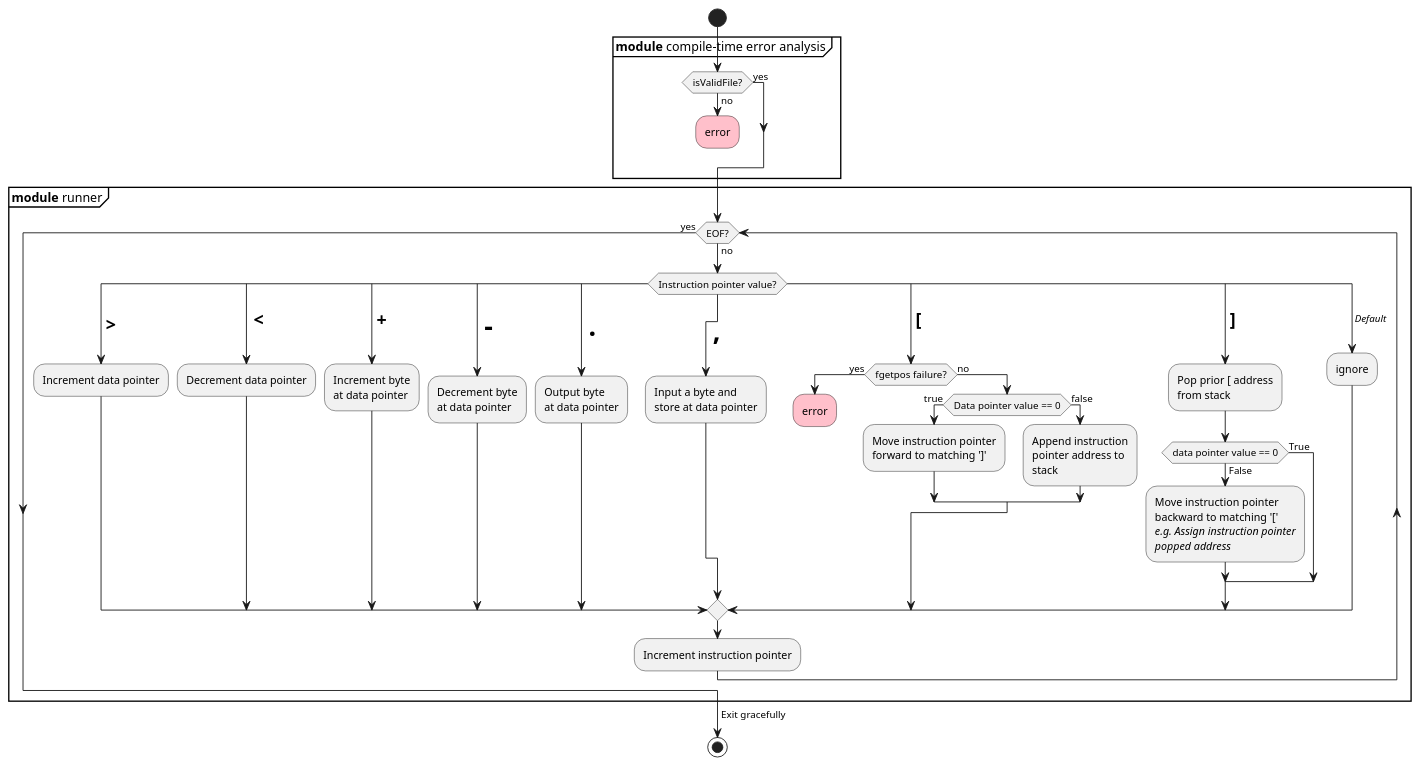
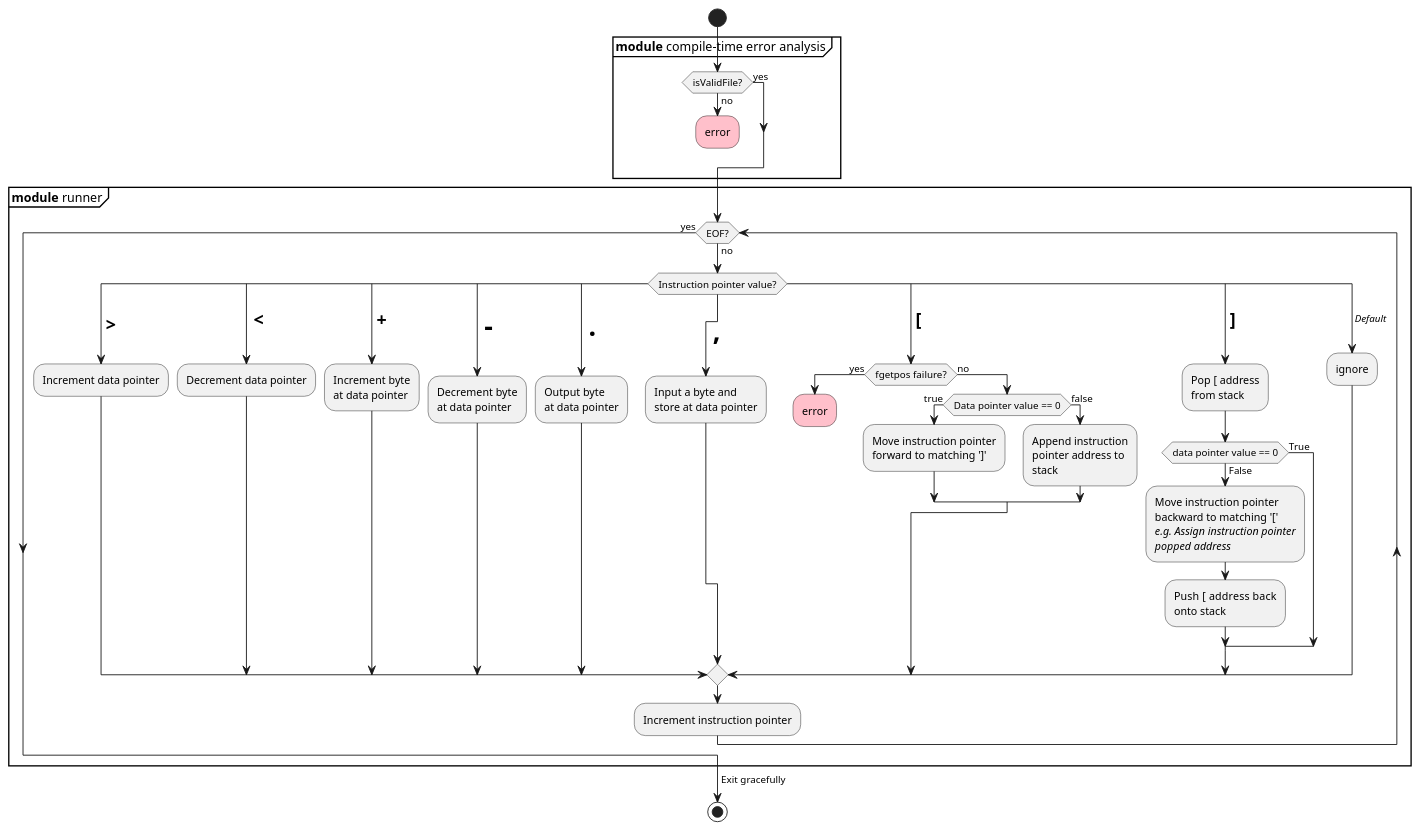
The diagram in docs/brainfuck.puml (anthony-beckett/bf-interpreter), drawn with PlantUML before and after one commit.

Commit message:
Add repushing of bracket addresses to stack

```diff
--- a/docs/brainfuck.puml
+++ b/docs/brainfuck.puml
@@ -1,75 +1,78 @@
 @startuml
 !pragma useVerticalIf on
 'skinparam conditionStyle InsideDiamond
 skinparam ConditionEndStyle hline
 
 
 start
 partition "**module** compile-time error analysis" {
 	if (isValidFile?) then (no)
 		#pink:error;
 		kill
 	else (yes)
 	endif
 }
 
 partition "**module** runner" {
 	while (EOF?) is (no)
 		switch (Instruction pointer value?)
 			case (<size:20><b> >)
 				:Increment data pointer;
 
 			case ( <size:20><b> <)
 				:Decrement data pointer;
 
 			case (<size:20><b> +)
 				:Increment byte
 				at data pointer;
 
 			case (<size:30><b> -)
 				:Decrement byte
 				at data pointer;
 
 			case (<size:30><b> .)
 				:Output byte
 				at data pointer;
 
 			case (<size:30><b> ,)
 				:Input a byte and
 				store at data pointer;
 
 			case (<size:20><b> [)
 			    if (fgetpos failure?) then (yes)
 			        #pink:error;
                    	kill
                 else (no)
                     if (Data pointer value == 0) then (true)
                         :Move instruction pointer
                         forward to matching ']';
                     else (false)
                         :Append instruction
                         pointer address to
                         stack;
                     endif
 				endif
 
 			case (<size:20><b> ])
-				:Pop prior [ address 
+				:Pop [ address
 				from stack;
 				if (data pointer value == 0) then (False)
 					:Move instruction pointer 
 					backward to matching '['
 					<i>e.g. Assign instruction pointer
 					<i>popped address;
+
+					:Push  [ address back
+					onto stack;
 				else (True)
 				endif
 
 			case (<i> Default)
 				:ignore;
 		endswitch
 		:Increment instruction pointer;
 	endwhile (yes)
 }
 -> Exit gracefully;
 stop
 @enduml
```
